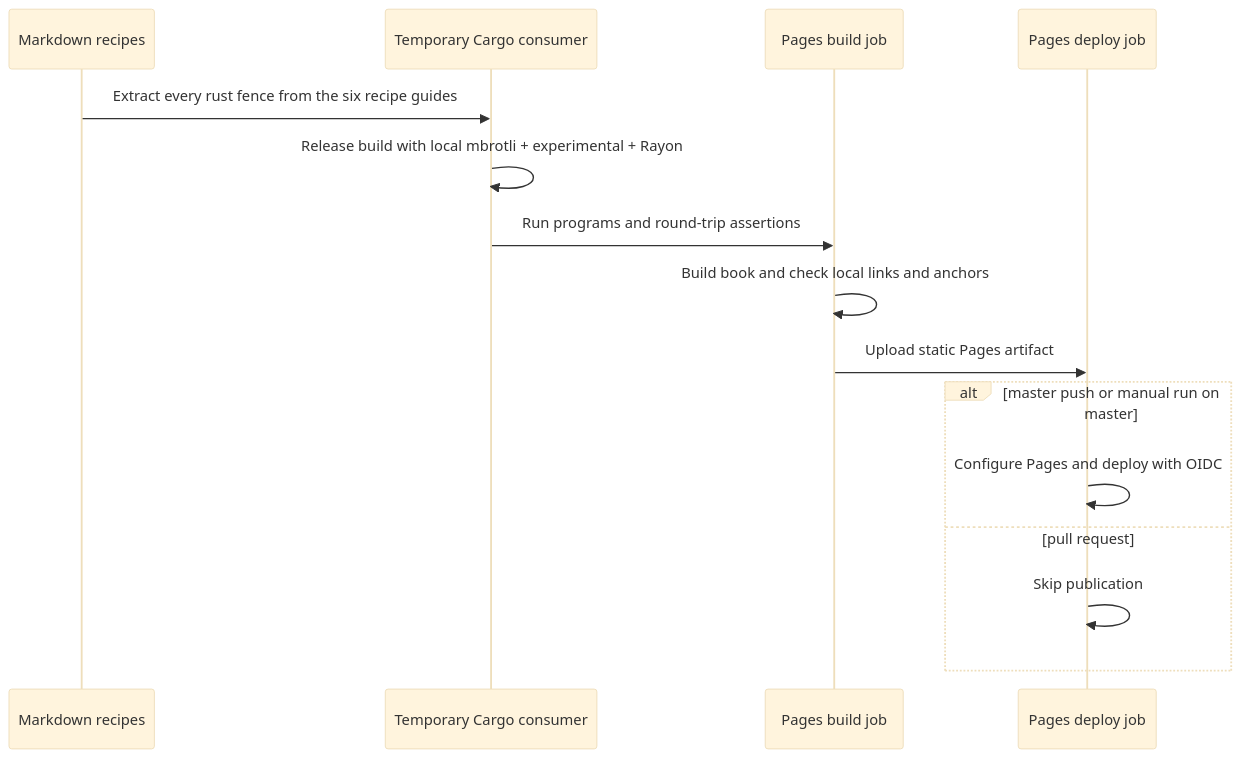
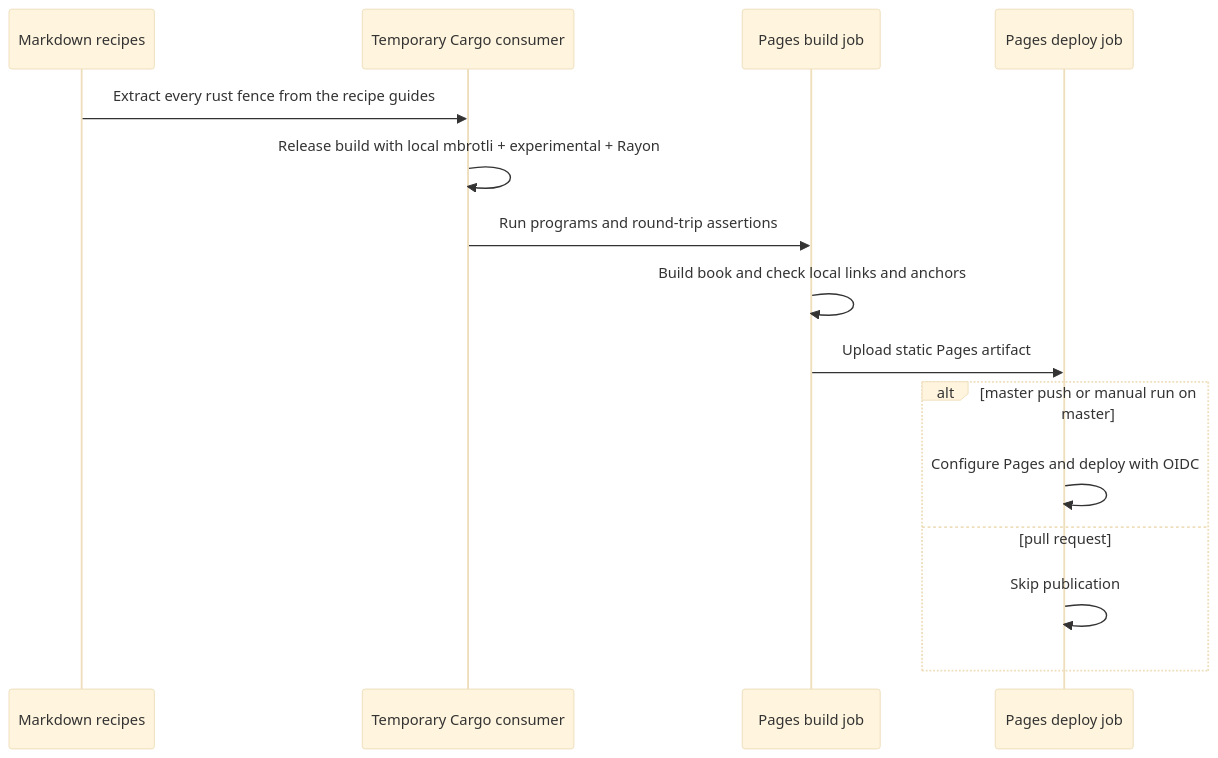
The fourth of 4 diagrams in architecture/documentation.md (M-Compressors/mbrotli), drawn with Mermaid (base theme) before and after one commit. The commit also changed other lines of this file and 25 other files, not shown here.

````diff
--- a/architecture/documentation.md
+++ b/architecture/documentation.md
@@ -79,17 +116,17 @@
 ```mermaid
 sequenceDiagram
     participant Source as Markdown recipes
     participant Consumer as Temporary Cargo consumer
     participant CI as Pages build job
     participant Deploy as Pages deploy job
-    Source->>Consumer: Extract every rust fence from the six recipe guides
+    Source->>Consumer: Extract every rust fence from the recipe guides
     Consumer->>Consumer: Release build with local mbrotli + experimental + Rayon
     Consumer->>CI: Run programs and round-trip assertions
     CI->>CI: Build book and check local links and anchors
     CI->>Deploy: Upload static Pages artifact
     alt master push or manual run on master
         Deploy->>Deploy: Configure Pages and deploy with OIDC
     else pull request
         Deploy->>Deploy: Skip publication
     end
 ```
````
